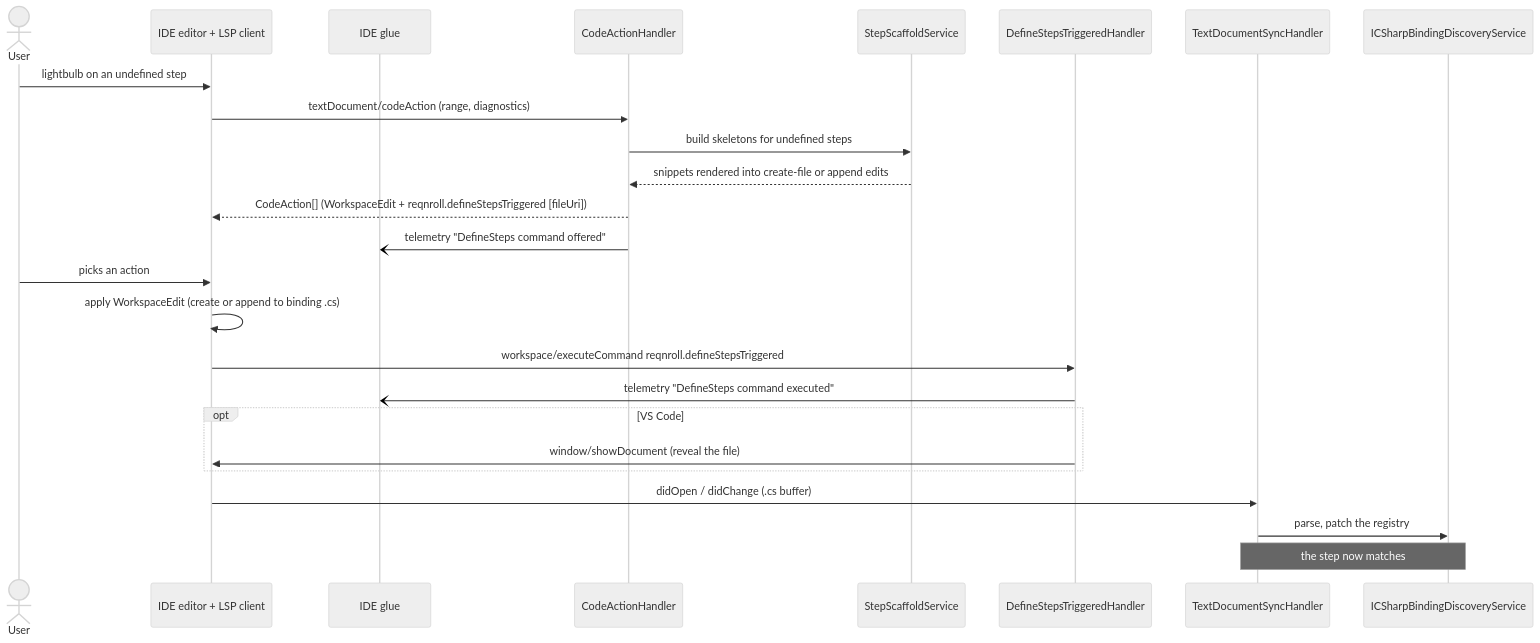
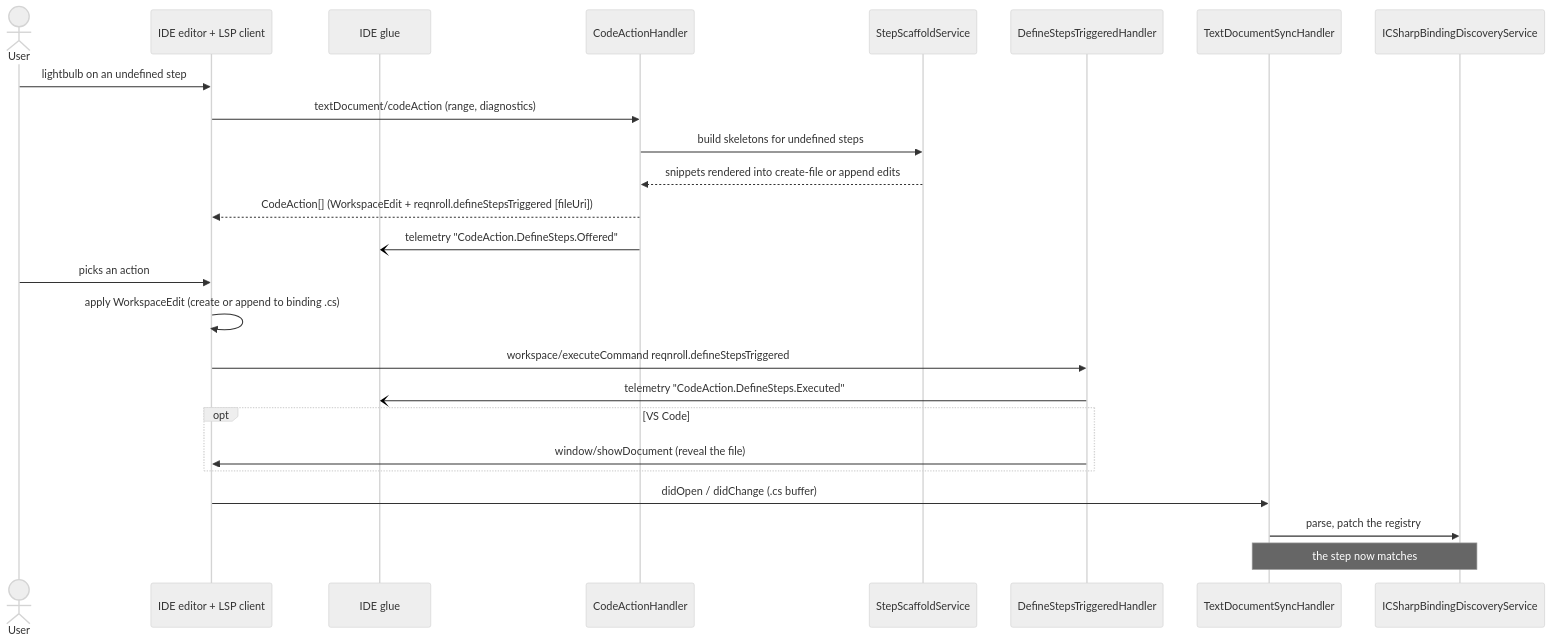
The second of 2 diagrams in docs/features/define-steps.md (reqnroll/Reqnroll.IdeSupport), drawn with Mermaid (neutral theme) before and after one commit. The commit also changed other lines of this file and 69 other files, not shown here.

````diff
--- a/docs/features/define-steps.md
+++ b/docs/features/define-steps.md
@@ -31,28 +31,28 @@
 ```mermaid
 sequenceDiagram
     actor U as User
     participant IDE as IDE editor + LSP client
     participant G as IDE glue
     participant H as CodeActionHandler
     participant S as StepScaffoldService
     participant D as DefineStepsTriggeredHandler
     participant T as TextDocumentSyncHandler
     participant C as ICSharpBindingDiscoveryService
 
     U->>IDE: lightbulb on an undefined step
     IDE->>H: textDocument/codeAction (range, diagnostics)
     H->>S: build skeletons for undefined steps
     S-->>H: snippets rendered into create-file or append edits
     H-->>IDE: CodeAction[] (WorkspaceEdit + reqnroll.defineStepsTriggered [fileUri])
-    H-)G: telemetry "DefineSteps command offered"
+    H-)G: telemetry "CodeAction.DefineSteps.Offered"
     U->>IDE: picks an action
     IDE->>IDE: apply WorkspaceEdit (create or append to binding .cs)
     IDE->>D: workspace/executeCommand reqnroll.defineStepsTriggered
-    D-)G: telemetry "DefineSteps command executed"
+    D-)G: telemetry "CodeAction.DefineSteps.Executed"
     opt VS Code
         D->>IDE: window/showDocument (reveal the file)
     end
     IDE->>T: didOpen / didChange (.cs buffer)
     T->>C: parse, patch the registry
     Note over T,C: the step now matches
 ```
````
